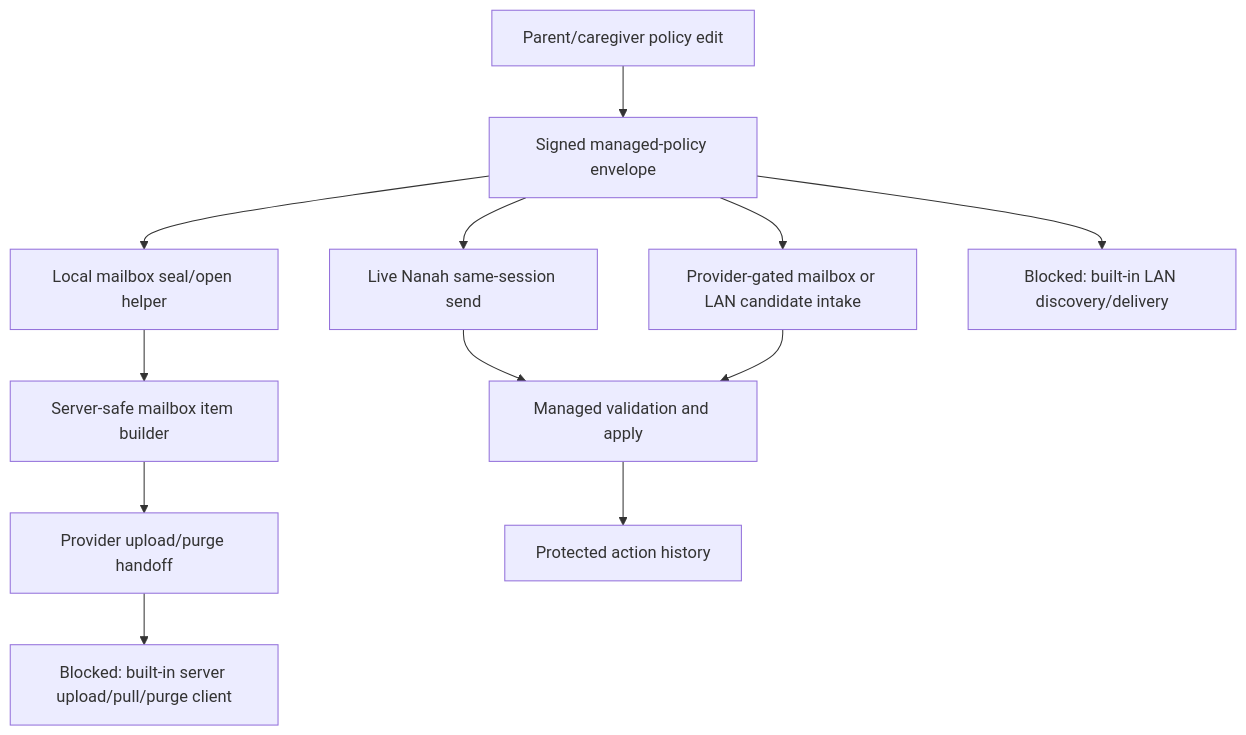
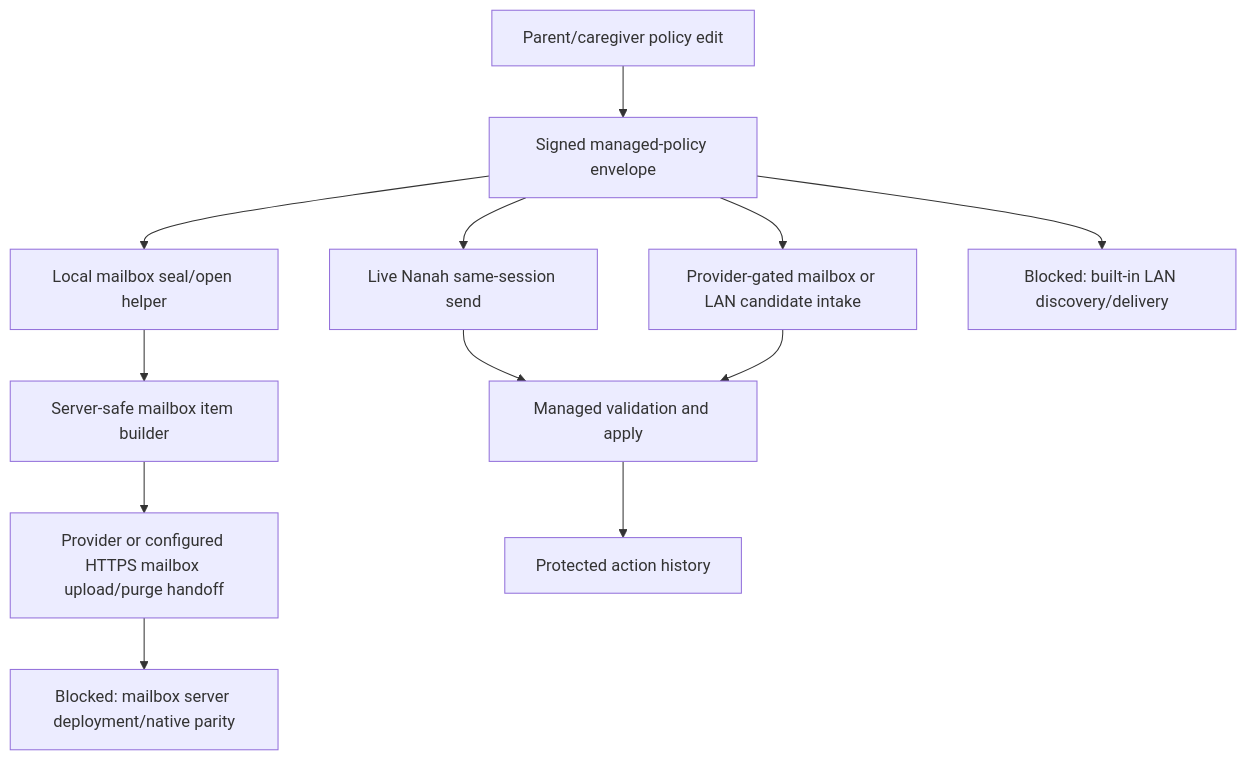
One commit to varshneydevansh/FilterTube changed the diagram in docs/audit/FILTERTUBE_NANAH_MANAGED_POLICY_REMOTE_DELIVERY_RELEASE_READINESS_GATE_2026-06-05.md. Above: the diagram before and after it, drawn with Mermaid. The commit also changed other lines of this file and 21 other files, not shown here.

Commit message:
Add configured managed mailbox client

````diff
--- a/docs/audit/FILTERTUBE_NANAH_MANAGED_POLICY_REMOTE_DELIVERY_RELEASE_READINESS_GATE_2026-06-05.md
+++ b/docs/audit/FILTERTUBE_NANAH_MANAGED_POLICY_REMOTE_DELIVERY_RELEASE_READINESS_GATE_2026-06-05.md
@@ -50,14 +52,14 @@
 ```mermaid
 flowchart TD
   A["Parent/caregiver policy edit"] --> B["Signed managed-policy envelope"]
   B --> C["Live Nanah same-session send"]
   B --> D["Local mailbox seal/open helper"]
   D --> K["Server-safe mailbox item builder"]
-  K --> L["Provider upload/purge handoff"]
-  L --> I["Blocked: built-in server upload/pull/purge client"]
+  K --> L["Provider or configured HTTPS mailbox upload/purge handoff"]
+  L --> I["Blocked: mailbox server deployment/native parity"]
   B --> J["Provider-gated mailbox or LAN candidate intake"]
   C --> E["Managed validation and apply"]
   J --> E
   E --> F["Protected action history"]
   B --> G["Blocked: built-in LAN discovery/delivery"]
 ```
````
